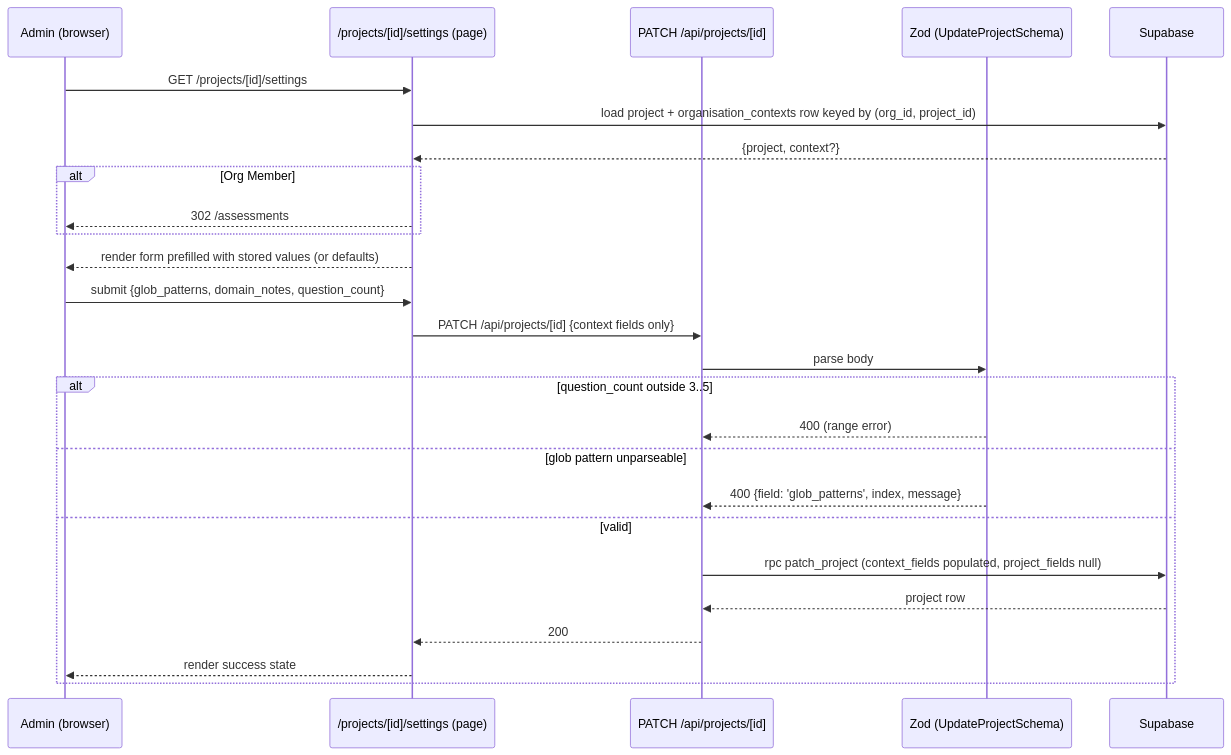
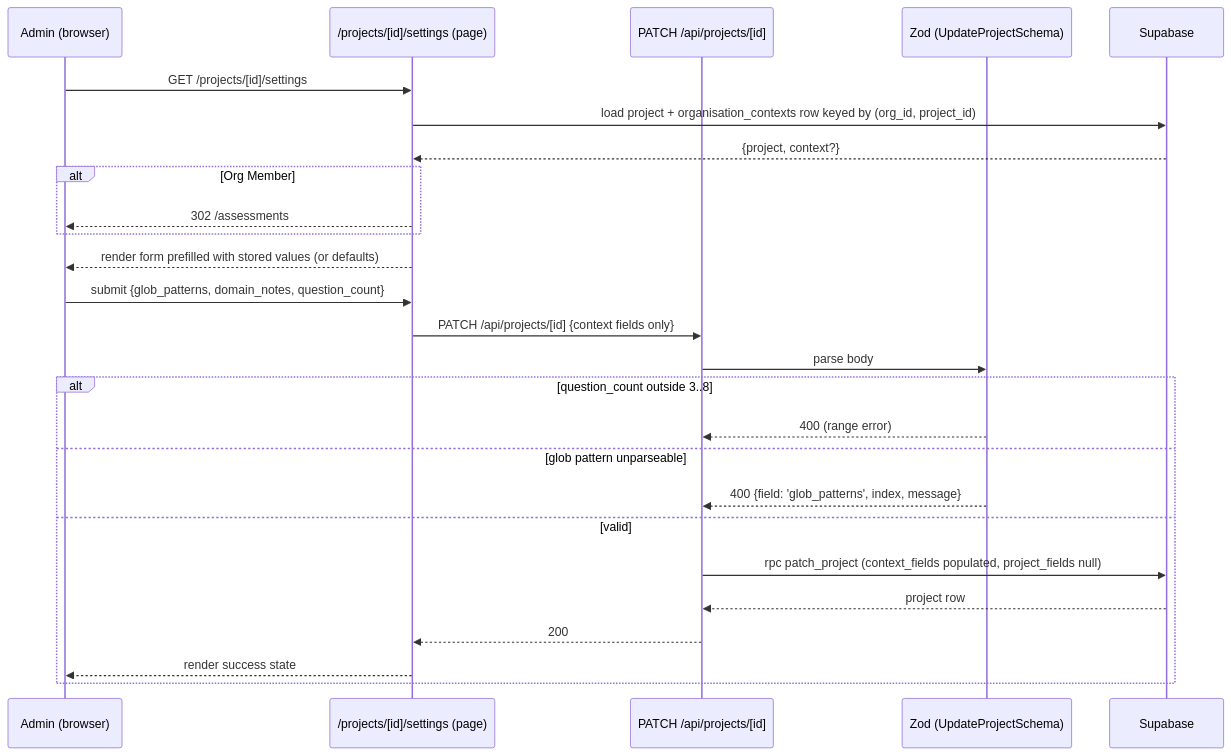
The first of 5 diagrams in docs/design/lld-v11-e11-3-project-context-config.md (mironyx/feature-comprehension-score), drawn with Mermaid before and after one commit. The commit also changed other lines of this file, not shown here.

Commit message:
docs: raise question_count cap from 5 to 8 in E11.3 LLD (DB CHECK + Zod + assembled set)

````diff
--- a/docs/design/lld-v11-e11-3-project-context-config.md
+++ b/docs/design/lld-v11-e11-3-project-context-config.md
@@ -41,28 +41,28 @@
 ```mermaid
 sequenceDiagram
   participant U as Admin (browser)
   participant P as /projects/[id]/settings (page)
   participant API as PATCH /api/projects/[id]
   participant V as Zod (UpdateProjectSchema)
   participant DB as Supabase
   U->>P: GET /projects/[id]/settings
   P->>DB: load project + organisation_contexts row keyed by (org_id, project_id)
   DB-->>P: {project, context?}
   alt Org Member
     P-->>U: 302 /assessments
   end
   P-->>U: render form prefilled with stored values (or defaults)
   U->>P: submit {glob_patterns, domain_notes, question_count}
   P->>API: PATCH /api/projects/[id] {context fields only}
   API->>V: parse body
-  alt question_count outside 3..5
+  alt question_count outside 3..8
     V-->>API: 400 (range error)
   else glob pattern unparseable
     V-->>API: 400 {field: 'glob_patterns', index, message}
   else valid
     API->>DB: rpc patch_project (context_fields populated, project_fields null)
     DB-->>API: project row
     API-->>P: 200
     P-->>U: render success state
   end
 ```
````
